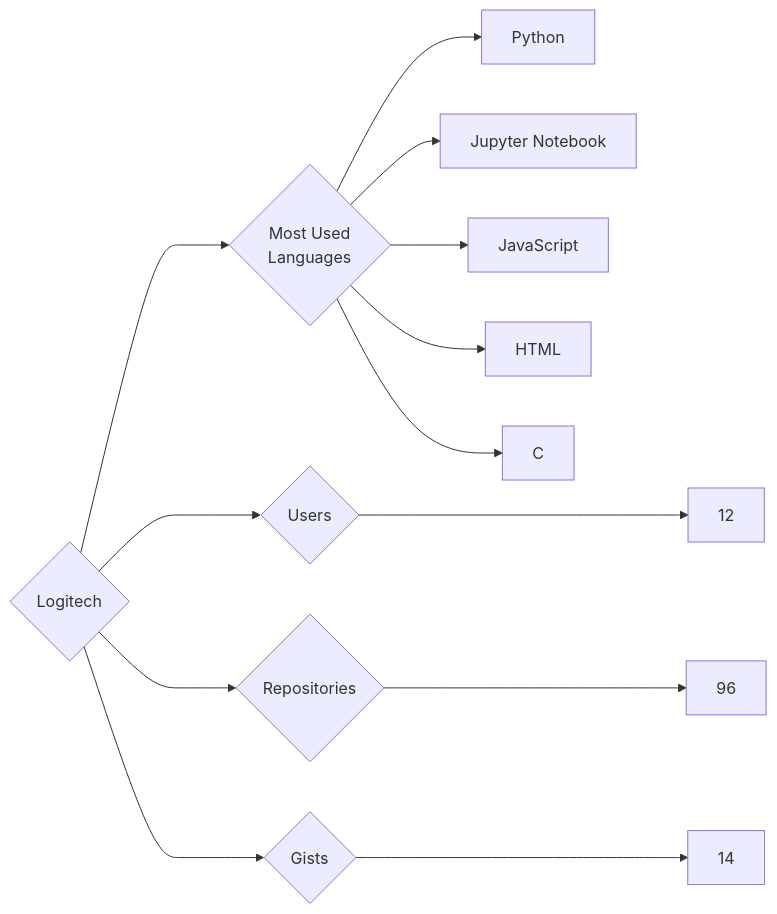
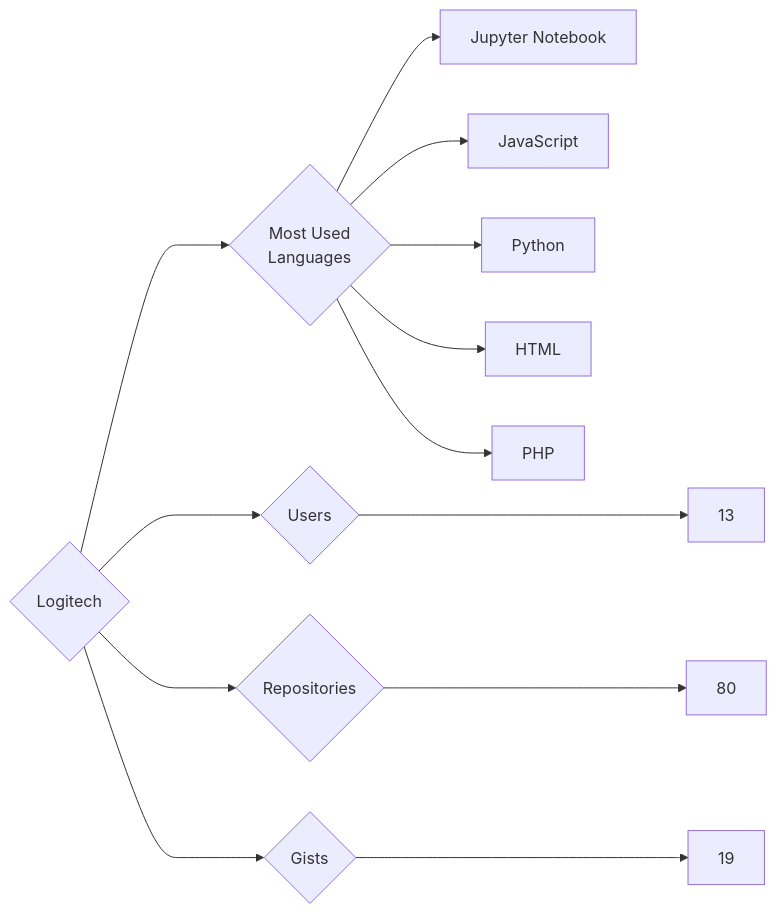
One commit to trickest/insiders changed the diagram in targets/Logitech/README.md. Above: the diagram before and after it, drawn with Mermaid. The commit also changed 872 other files, not shown here.

````diff
--- a/targets/Logitech/README.md
+++ b/targets/Logitech/README.md
@@ -3,13 +3,13 @@
 ```mermaid
 graph LR
 COMPANY_NAME{Logitech}
-COMPANY_NAME ---> U{Users} ---> UN[12]
-COMPANY_NAME ---> R{Repositories} ---> RN[96]
-COMPANY_NAME ---> G{Gists} ---> GN[14]
+COMPANY_NAME ---> U{Users} ---> UN[13]
+COMPANY_NAME ---> R{Repositories} ---> RN[80]
+COMPANY_NAME ---> G{Gists} ---> GN[19]
 COMPANY_NAME ---> ML{Most Used<br>Languages}
-ML --> Python[Python]
 ML --> Jupyter_Notebook[Jupyter Notebook]
 ML --> JavaScript[JavaScript]
+ML --> Python[Python]
 ML --> HTML[HTML]
-ML --> C[C]
+ML --> PHP[PHP]
 ```
````
